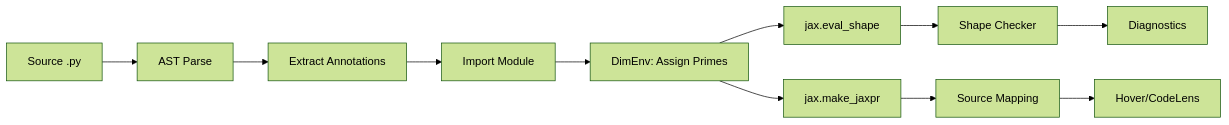
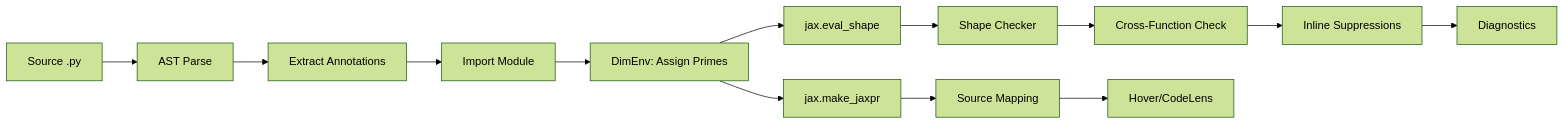
Before and after one commit to BeeGass/jaxtyc: the diagram in docs/architecture/overview.md, drawn with Mermaid (forest theme). The commit also changed other lines of this file and 35 other files, not shown here.

````diff
--- a/docs/architecture/overview.md
+++ b/docs/architecture/overview.md
@@ -5,13 +5,15 @@
 ```mermaid
 flowchart LR
     A[Source .py] --> B[AST Parse]
     B --> C[Extract Annotations]
     C --> D[Import Module]
     D --> E[DimEnv: Assign Primes]
     E --> F[jax.eval_shape]
     F --> G[Shape Checker]
-    G --> H[Diagnostics]
-    E --> I[jax.make_jaxpr]
-    I --> J[Source Mapping]
-    J --> K[Hover/CodeLens]
+    G --> H[Cross-Function Check]
+    H --> I[Inline Suppressions]
+    I --> J[Diagnostics]
+    E --> K[jax.make_jaxpr]
+    K --> L[Source Mapping]
+    L --> M[Hover/CodeLens]
 ```
````
